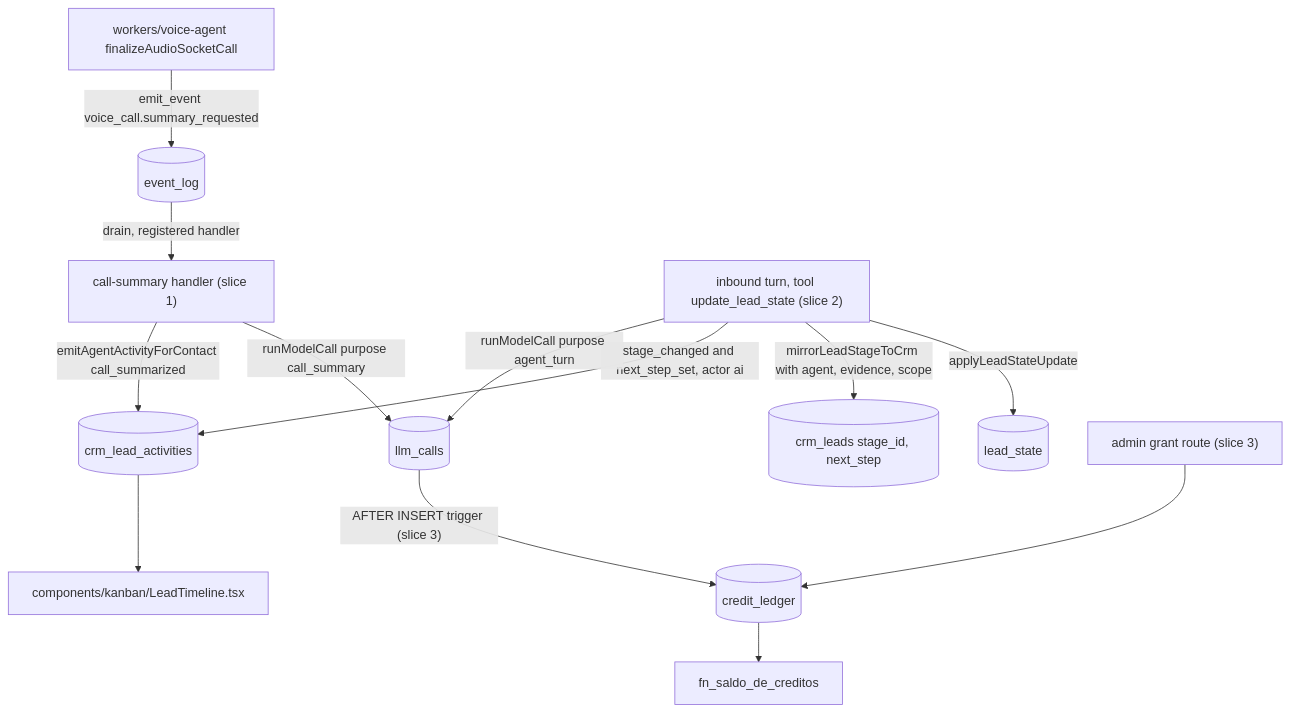
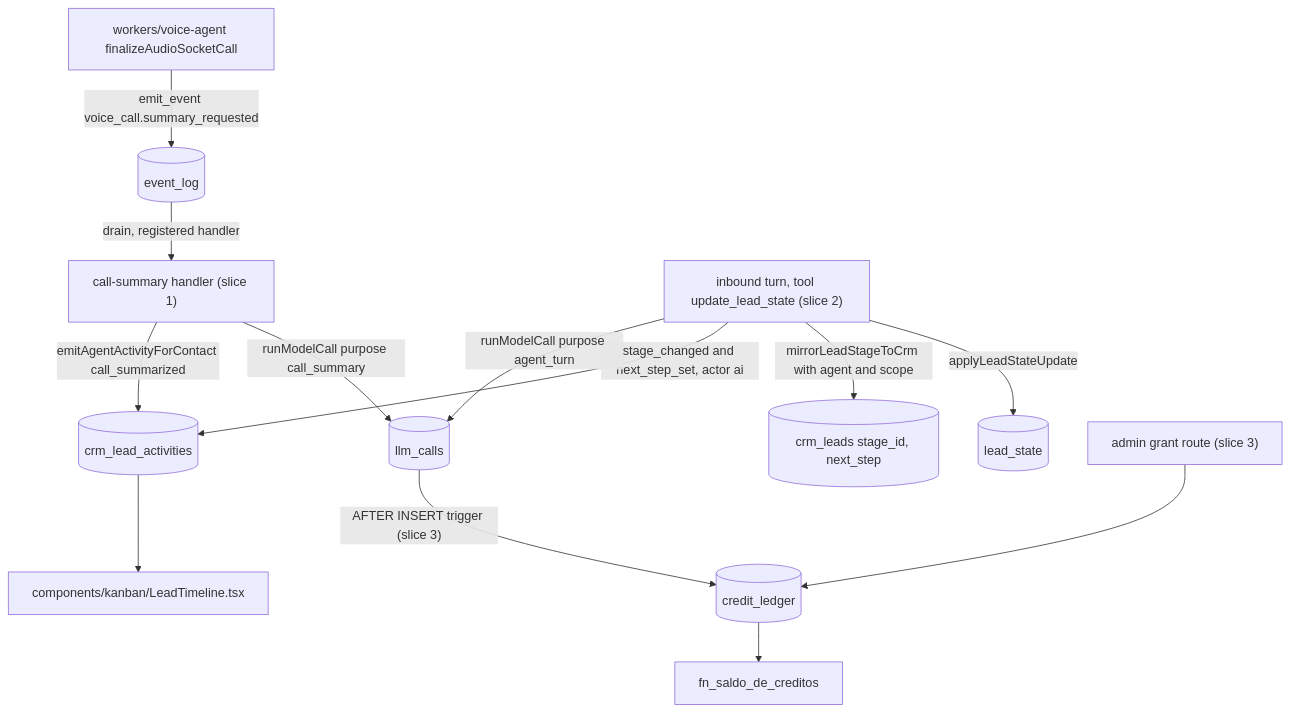
The first of 4 diagrams in docs/project/TRD.md (hythevc/deskcommcrm), drawn with Mermaid before and after one commit. The commit also changed other lines of this file and 5 other files, not shown here.

````diff
--- a/docs/project/TRD.md
+++ b/docs/project/TRD.md
@@ -83,15 +85,15 @@
 ```mermaid
 flowchart TD
   VA["workers/voice-agent finalizeAudioSocketCall"] -->|"emit_event voice_call.summary_requested"| EL[("event_log")]
   EL -->|"drain, registered handler"| CS["call-summary handler (slice 1)"]
   CS -->|"runModelCall purpose call_summary"| LC[("llm_calls")]
   CS -->|"emitAgentActivityForContact call_summarized"| AC[("crm_lead_activities")]
   TURN["inbound turn, tool update_lead_state (slice 2)"] -->|"applyLeadStateUpdate"| LS[("lead_state")]
-  TURN -->|"mirrorLeadStageToCrm with agent, evidence, scope"| CL[("crm_leads stage_id, next_step")]
+  TURN -->|"mirrorLeadStageToCrm with agent and scope"| CL[("crm_leads stage_id, next_step")]
   TURN -->|"stage_changed and next_step_set, actor ai"| AC
   TURN -->|"runModelCall purpose agent_turn"| LC
   LC -->|"AFTER INSERT trigger (slice 3)"| CR[("credit_ledger")]
   ADM["admin grant route (slice 3)"] --> CR
   AC --> UI["components/kanban/LeadTimeline.tsx"]
   CR --> BAL["fn_saldo_de_creditos"]
 ```
````
